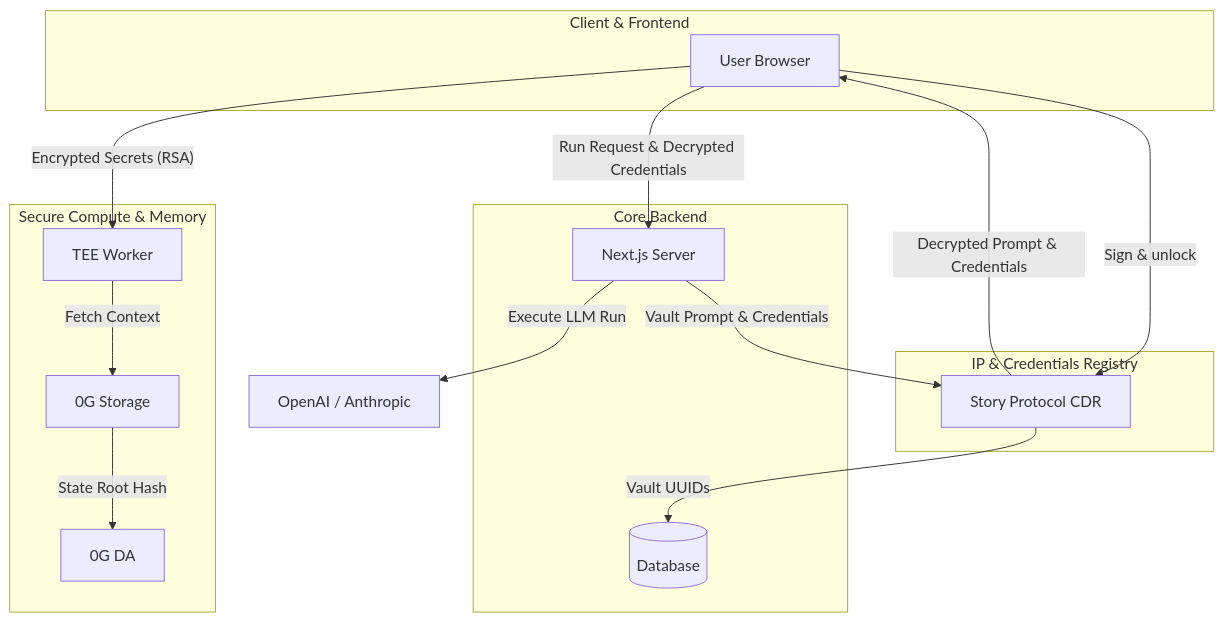
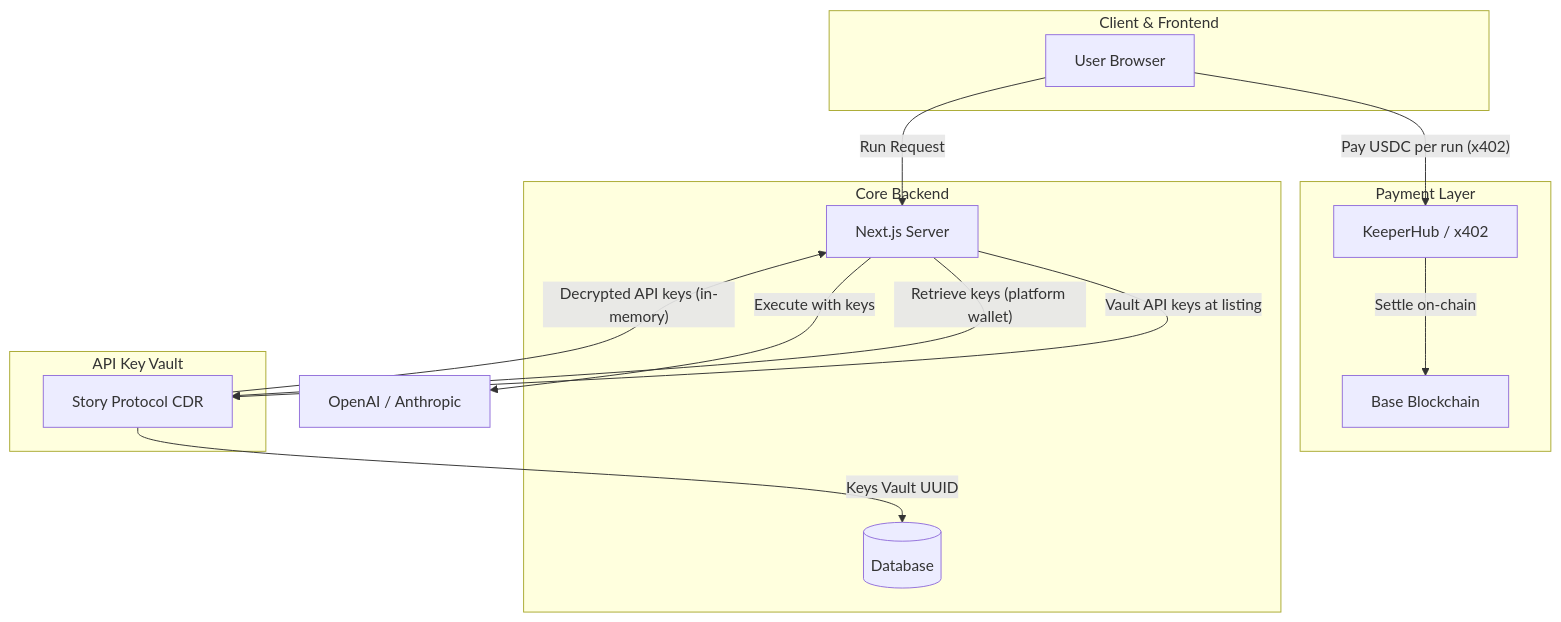
One commit to Ultraviolet01/AgentBZ changed the first of 3 diagrams in README.md. Above: the diagram before and after it, drawn with Mermaid. The commit also changed other lines of this file and 141 other files, not shown here.

Commit message:
feat: update AgentBazaar platform with x402/KeeperHub integration, Web3 payments, and credential hardening

````diff
--- a/README.md
+++ b/README.md
@@ -7,36 +7,34 @@
 ```mermaid
 graph TD
     subgraph Client & Frontend
         User[User Browser]
     end
 
     subgraph Core Backend
         NextJS[Next.js Server]
         DB[(Database)]
     end
 
-    subgraph Secure Compute & Memory
-        Worker[TEE Worker]
-        Storage[0G Storage]
-        DA[0G DA]
+    subgraph Payment Layer
+        KH[KeeperHub / x402]
+        Base[Base Blockchain]
     end
 
-    subgraph IP & Credentials Registry
+    subgraph API Key Vault
         CDR[Story Protocol CDR]
     end
 
-    %% TEE Confidential Execution flow
-    User -- "Encrypted Secrets (RSA)" --> Worker
-    Worker -- "Fetch Context" --> Storage
-    Storage -- "State Root Hash" --> DA
+    %% Payment flow
+    User -- "Pay USDC per run (x402)" --> KH
+    KH -- "Settle on-chain" --> Base
 
-    %% Story CDR Deploy
-    NextJS -- "Vault Prompt & Credentials" --> CDR
-    CDR -- "Vault UUIDs" --> DB
+    %% CDR at deploy time — vault keys
+    NextJS -- "Vault API keys at listing" --> CDR
+    CDR -- "Keys Vault UUID" --> DB
 
-    %% Story CDR Run
-    User -- "Sign & unlock" --> CDR
-    CDR -- "Decrypted Prompt & Credentials" --> User
-    User -- "Run Request & Decrypted Credentials" --> NextJS
-    NextJS -- "Execute LLM Run" --> LLM[OpenAI / Anthropic]
+    %% Run flow — server retrieves keys from CDR after payment
+    User -- "Run Request" --> NextJS
+    NextJS -- "Retrieve keys (platform wallet)" --> CDR
+    CDR -- "Decrypted API keys (in-memory)" --> NextJS
+    NextJS -- "Execute with keys" --> LLM[OpenAI / Anthropic]
 ```
````
